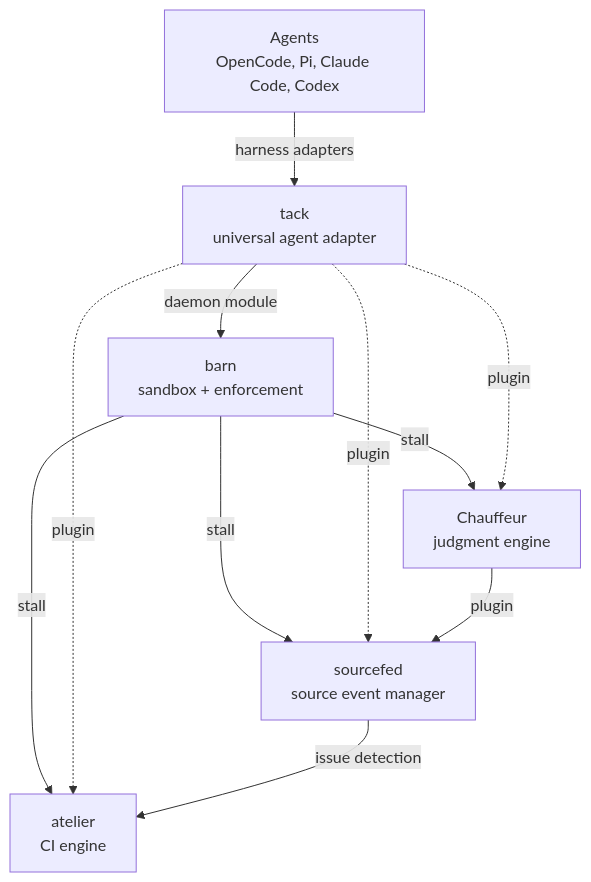
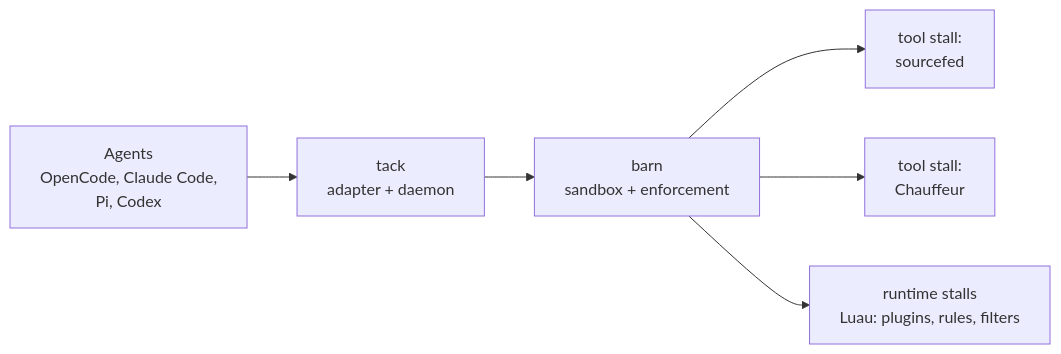
One commit to wrkhse/workhorse changed the second of 4 diagrams in PHILOSOPHY.md. Above: the diagram before and after it, drawn with Mermaid. The commit also changed other lines of this file and 2 other files, not shown here.

First line of the commit message:
docs: align the family graph with barn runtime stalls (#60)

````diff
--- a/PHILOSOPHY.md
+++ b/PHILOSOPHY.md
@@ -81,13 +86,8 @@
 ```mermaid
-flowchart TB
-    A["Agents<br/>OpenCode, Pi, Claude Code, Codex"] -->|"harness adapters"| T["tack<br/>universal agent adapter"]
-    T -->|"daemon module"| B["barn<br/>sandbox + enforcement"]
-    B -->|"stall"| SF["sourcefed<br/>source event manager"]
-    B -->|"stall"| CH["Chauffeur<br/>judgment engine"]
-    B -->|"stall"| AT["atelier<br/>CI engine"]
-    T -.->|"plugin"| SF
-    T -.->|"plugin"| CH
-    T -.->|"plugin"| AT
-    CH -->|"plugin"| SF
-    SF -->|"issue detection"| AT
+flowchart LR
+    A["Agents<br/>OpenCode, Claude Code,<br/>Pi, Codex"] --> T["tack<br/>adapter + daemon"]
+    T --> B["barn<br/>sandbox + enforcement"]
+    B --> SFT["tool stall:<br/>sourcefed"]
+    B --> CHT["tool stall:<br/>Chauffeur"]
+    B --> RT["runtime stalls<br/>Luau: plugins, rules, filters"]
 ```
````
